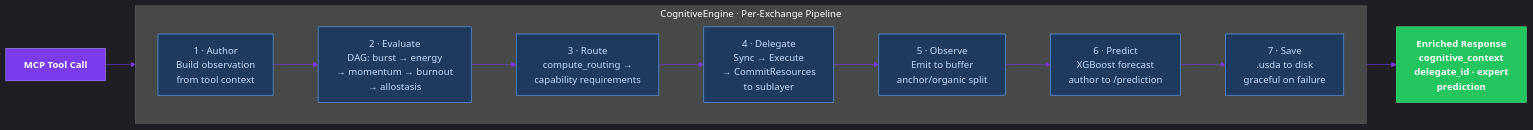
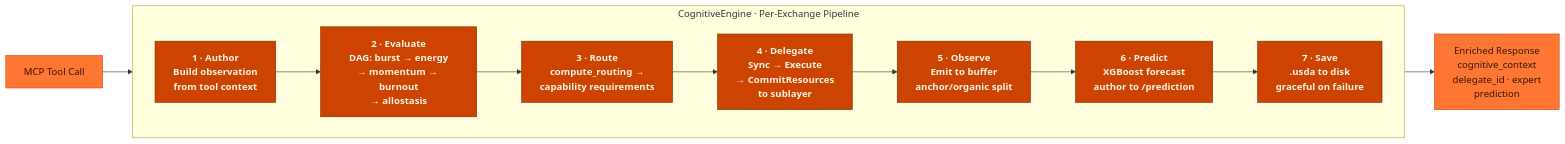
Before and after one commit to JosephOIbrahim/Harlo: the eighth of 11 diagrams in README.md, drawn with Mermaid. The commit also changed other lines of this file, not shown here.

First line of the commit message:
docs(readme): full v6.0-MOTOR refresh + two-tone-orange mermaid palette

````diff
--- a/README.md
+++ b/README.md
@@ -303,25 +438,23 @@
 ```mermaid
-%%{init: {'theme': 'dark', 'themeVariables': {'primaryColor': '#1a1a2e', 'primaryTextColor': '#e0e0e0', 'primaryBorderColor': '#7c3aed', 'lineColor': '#7c3aed'}}}%%
 graph LR
-    CALL["MCP Tool Call"]:::input
+    CALL["MCP Tool Call"]:::runtime
 
     subgraph PIPELINE["CognitiveEngine · Per-Exchange Pipeline"]
         direction LR
-        S1["1 · Author\nBuild observation\nfrom tool context"]:::step
-        S2["2 · Evaluate\nDAG: burst → energy\n→ momentum → burnout\n→ allostasis"]:::step
-        S3["3 · Route\ncompute_routing →\ncapability requirements"]:::step
-        S4["4 · Delegate\nSync → Execute\n→ CommitResources\nto sublayer"]:::step
-        S5["5 · Observe\nEmit to buffer\nanchor/organic split"]:::step
-        S6["6 · Predict\nXGBoost forecast\nauthor to /prediction"]:::step
-        S7["7 · Save\n.usda to disk\ngraceful on failure"]:::step
+        S1["1 · Author<br/>Build observation<br/>from tool context"]:::substrate
+        S2["2 · Evaluate<br/>DAG: burst → energy<br/>→ momentum → burnout<br/>→ allostasis"]:::substrate
+        S3["3 · Route<br/>compute_routing →<br/>capability requirements"]:::substrate
+        S4["4 · Delegate<br/>Sync → Execute<br/>→ CommitResources<br/>to sublayer"]:::substrate
+        S5["5 · Observe<br/>Emit to buffer<br/>anchor/organic split"]:::substrate
+        S6["6 · Predict<br/>XGBoost forecast<br/>author to /prediction"]:::substrate
+        S7["7 · Save<br/>.usda to disk<br/>graceful on failure"]:::substrate
         S1 --> S2 --> S3 --> S4 --> S5 --> S6 --> S7
     end
 
-    RESPONSE["Enriched Response\ncognitive_context\ndelegate_id · expert\nprediction"]:::output
+    RESPONSE["Enriched Response<br/>cognitive_context<br/>delegate_id · expert<br/>prediction"]:::runtime
 
     CALL --> PIPELINE --> RESPONSE
 
-    classDef input fill:#7c3aed,stroke:#a78bfa,color:#fff,font-weight:bold
-    classDef step fill:#1e3a5f,stroke:#60a5fa,color:#bfdbfe
-    classDef output fill:#22c55e,stroke:#4ade80,color:#fff,font-weight:bold
+    classDef substrate fill:#CC4400,stroke:#7A2900,color:#FFF4E6,font-weight:bold
+    classDef runtime fill:#FF7733,stroke:#CC4400,color:#2D1500
 ```
````
